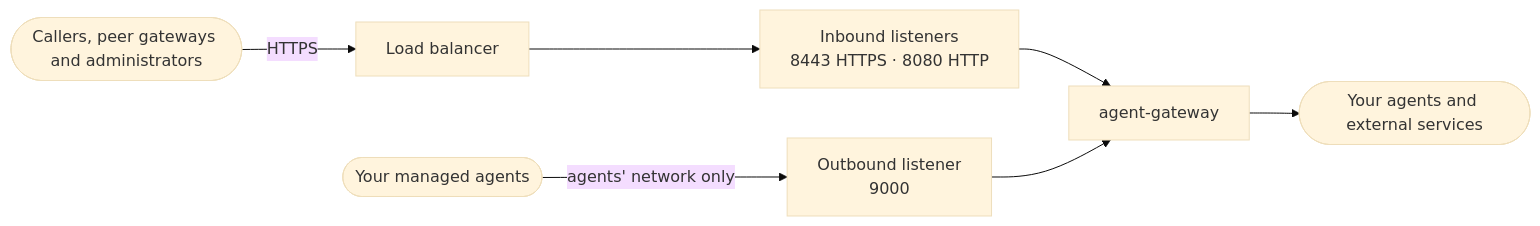
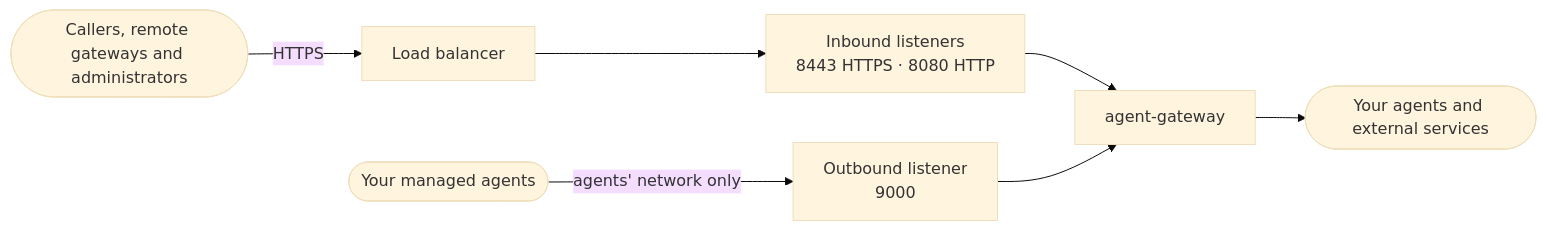
The diagram in docs/DEPLOYMENT_REQUIREMENTS.md (affinidi-ai/agent-gateway), drawn with Mermaid (base theme) before and after one commit. The commit also changed other lines of this file and 2 other files, not shown here.

````diff
--- a/docs/DEPLOYMENT_REQUIREMENTS.md
+++ b/docs/DEPLOYMENT_REQUIREMENTS.md
@@ -86,9 +90,9 @@
 ```mermaid
 flowchart LR
-    Internet([Callers, peer gateways and administrators]) -->|HTTPS| LB[Load balancer]
+    Internet([Callers, remote gateways and administrators]) -->|HTTPS| LB[Load balancer]
     LB --> In["Inbound listeners<br/>8443 HTTPS · 8080 HTTP"]
     Agents([Your managed agents]) -->|agents' network only| Out["Outbound listener<br/>9000"]
     In --> GW[agent-gateway]
     Out --> GW
     GW --> Up([Your agents and external services])
 ```
````
